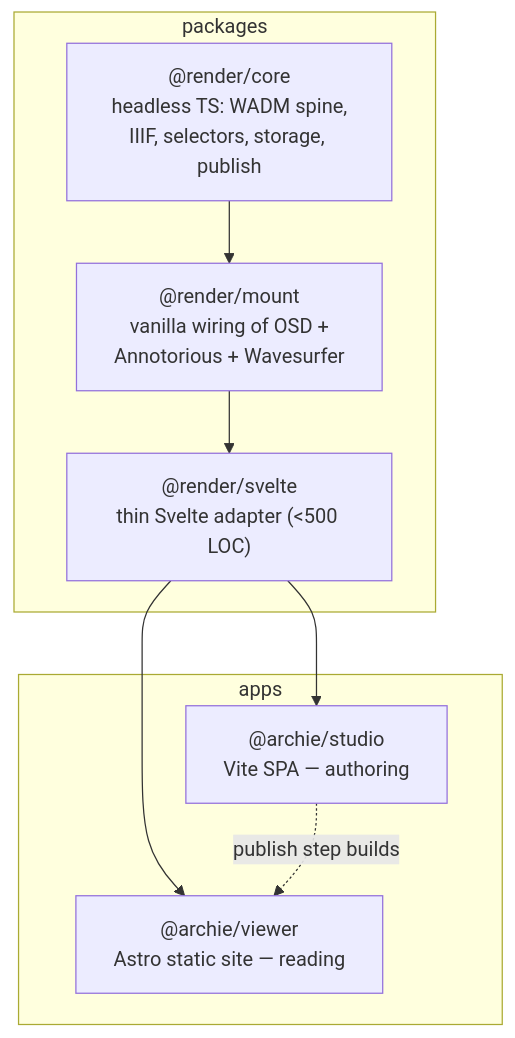
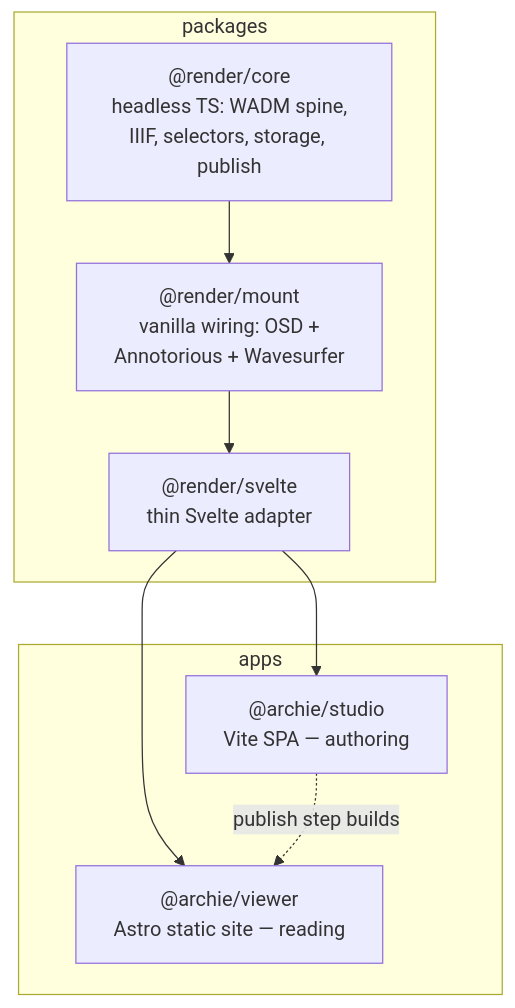
Before and after one commit to micahchoo/Archie: the diagram in README.md, drawn with Mermaid. The commit also changed other lines of this file and 53 other files, not shown here.

````diff
--- a/README.md
+++ b/README.md
@@ -44,16 +85,16 @@
 ```mermaid
 graph TD
     subgraph packages
         core["@render/core<br/>headless TS: WADM spine,<br/>IIIF, selectors, storage, publish"]
-        mount["@render/mount<br/>vanilla wiring of OSD +<br/>Annotorious + Wavesurfer"]
-        svelte["@render/svelte<br/>thin Svelte adapter (&lt;500 LOC)"]
+        mount["@render/mount<br/>vanilla wiring: OSD +<br/>Annotorious + Wavesurfer"]
+        svelte["@render/svelte<br/>thin Svelte adapter"]
     end
     subgraph apps
         studio["@archie/studio<br/>Vite SPA — authoring"]
         viewer["@archie/viewer<br/>Astro static site — reading"]
     end
     core --> mount --> svelte
     svelte --> studio
     svelte --> viewer
     studio -. "publish step builds" .-> viewer
 ```
````
